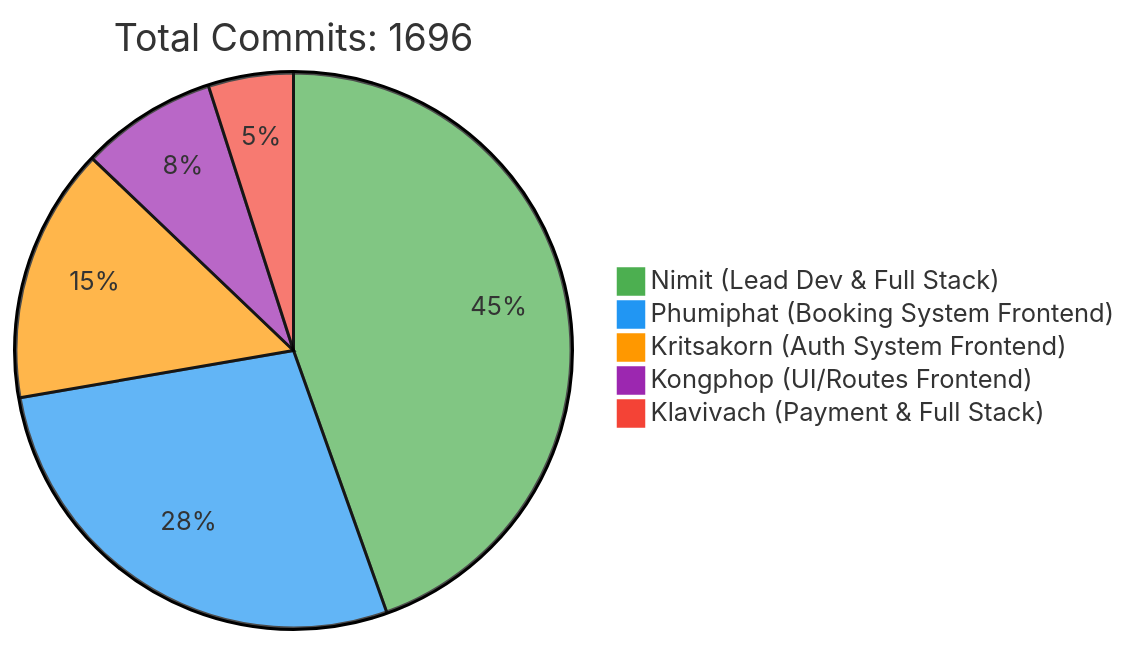
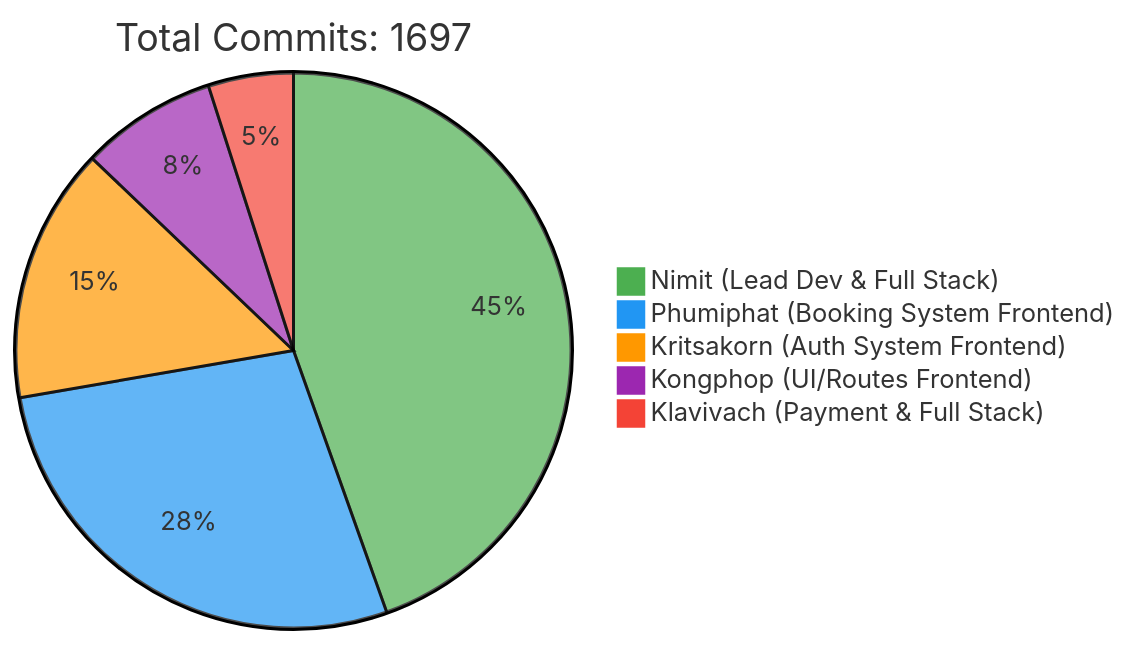
One commit to 6531503042/Sport-Complex changed the first of 2 diagrams in README.md. Above: the diagram before and after it, drawn with Mermaid. The commit also changed other lines of this file, not shown here.

Commit message:
docs: Update contributor statistics [skip ci]

````diff
--- a/README.md
+++ b/README.md
@@ -257,10 +257,10 @@
 ```mermaid
 %%{init: {'theme': 'base', 'themeVariables': { 'pie1': '#4CAF50', 'pie2': '#2196F3', 'pie3': '#FF9800', 'pie4': '#9C27B0', 'pie5': '#F44336'}}}%%
 pie
-    title Total Commits: 1696
+    title Total Commits: 1697
     "Nimit (Lead Dev & Full Stack)" : 450
     "Phumiphat (Booking System Frontend)" : 280
     "Kritsakorn (Auth System Frontend)" : 150
     "Kongphop (UI/Routes Frontend)" : 80
     "Klavivach (Payment & Full Stack)" : 50
 ```
````
